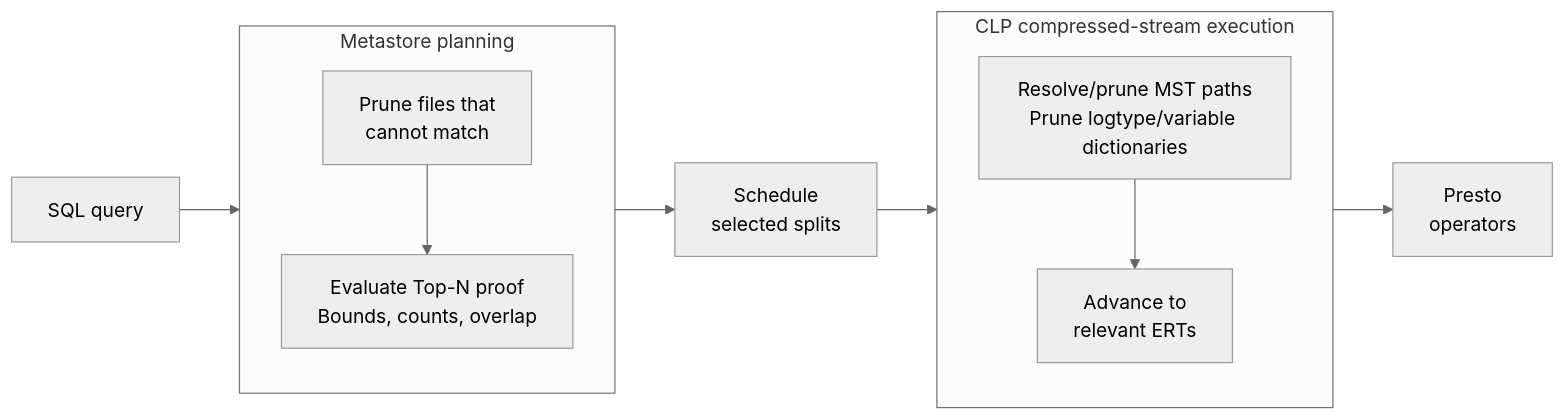
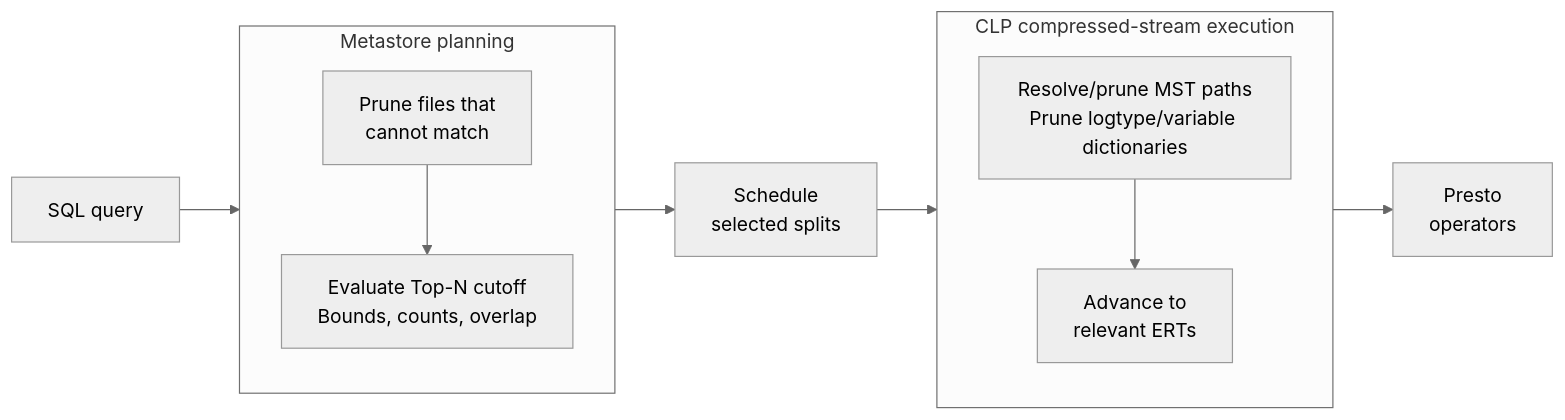
One commit to y-scope/presto-blogs-collab changed the second of 2 diagrams in uber-blog/clp-part-iii-draft.md. Above: the diagram before and after it, drawn with Mermaid (neutral theme). The commit also changed other lines of this file and 1 other file, not shown here.

````diff
--- a/uber-blog/clp-part-iii-draft.md
+++ b/uber-blog/clp-part-iii-draft.md
@@ -104,27 +102,27 @@
 ```mermaid
 flowchart LR
     sql["SQL query"]
 
     subgraph planning["Metastore planning"]
         direction TB
         pruning["Prune files that<br/>cannot match"]
-        termination["Evaluate Top-N proof<br/>Bounds, counts, overlap"]
+        termination["Evaluate Top-N cutoff<br/>Bounds, counts, overlap"]
         pruning --> termination
     end
 
     scheduling["Schedule<br/>selected splits"]
 
     subgraph execution["CLP compressed-stream execution"]
         direction TB
         resolution["Resolve/prune MST paths<br/>Prune logtype/variable dictionaries"]
         search["Advance to<br/>relevant ERTs"]
         resolution --> search
     end
 
     presto["Presto<br/>operators"]
 
     sql --> pruning
     termination --> scheduling
     scheduling --> resolution
     search --> presto
 ```
````
